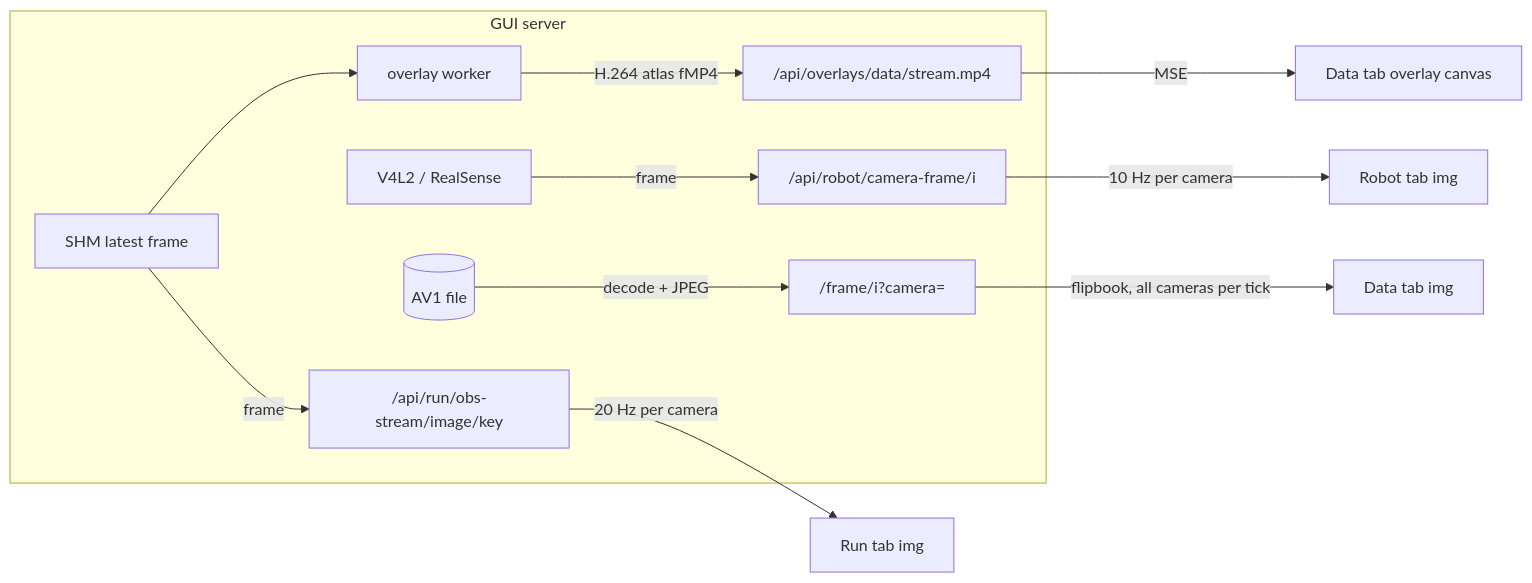
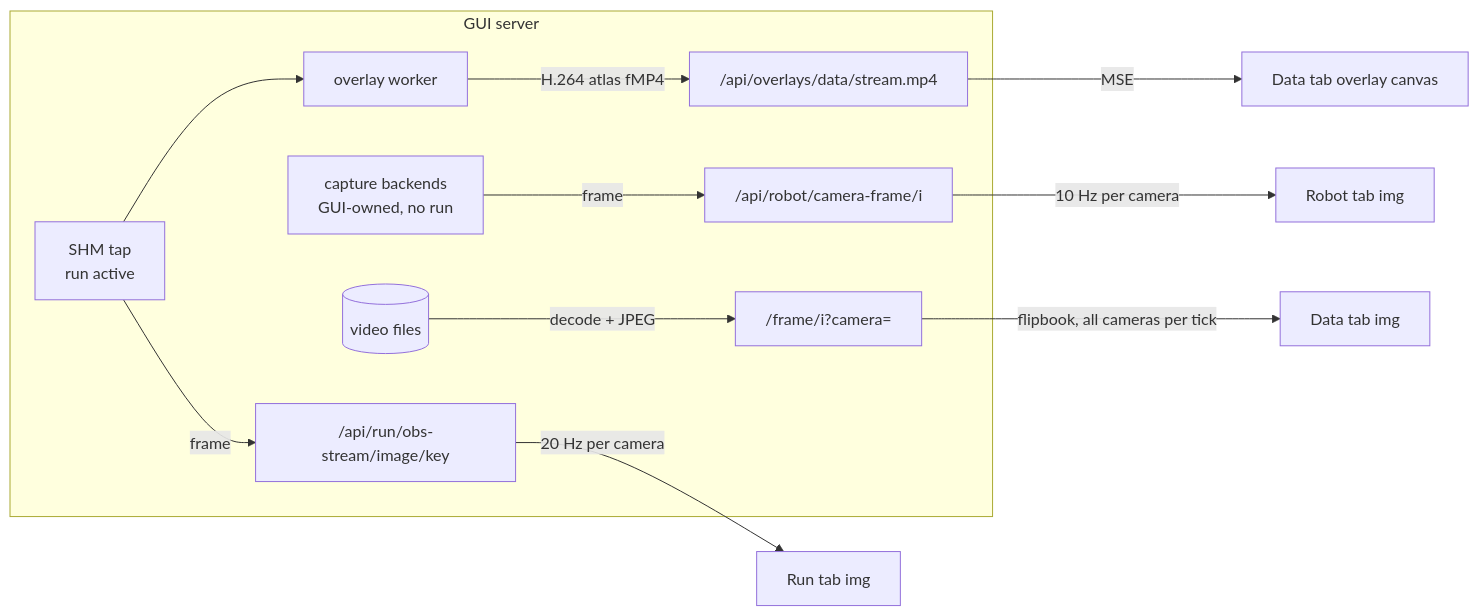
The fifth of 8 diagrams in src/lerobot/gui/docs/camera_video_transport.md (TheWisp/lerobot), drawn with Mermaid before and after one commit. The commit also changed other lines of this file, not shown here.

````diff
--- a/src/lerobot/gui/docs/camera_video_transport.md
+++ b/src/lerobot/gui/docs/camera_video_transport.md
@@ -144,13 +297,13 @@
 ```mermaid
 flowchart LR
   subgraph server[GUI server]
-    dev[V4L2 / RealSense] -->|frame| rp["/api/robot/camera-frame/i"]
-    shm[SHM latest frame] -->|frame| ru["/api/run/obs-stream/image/key"]
-    av1[(AV1 file)] -->|decode + JPEG| dt["/frame/i?camera="]
+    dev["capture backends<br/>GUI-owned, no run"] -->|frame| rp["/api/robot/camera-frame/i"]
+    shm["SHM tap<br/>run active"] -->|frame| ru["/api/run/obs-stream/image/key"]
+    vid[(video files)] -->|decode + JPEG| dt["/frame/i?camera="]
     shm --> ov[overlay worker] -->|H.264 atlas fMP4| os["/api/overlays/data/stream.mp4"]
   end
   rp -->|10 Hz per camera| robot[Robot tab img]
   ru -->|20 Hz per camera| run[Run tab img]
   dt -->|flipbook, all cameras per tick| data[Data tab img]
   os -->|MSE| datao[Data tab overlay canvas]
 ```
````
